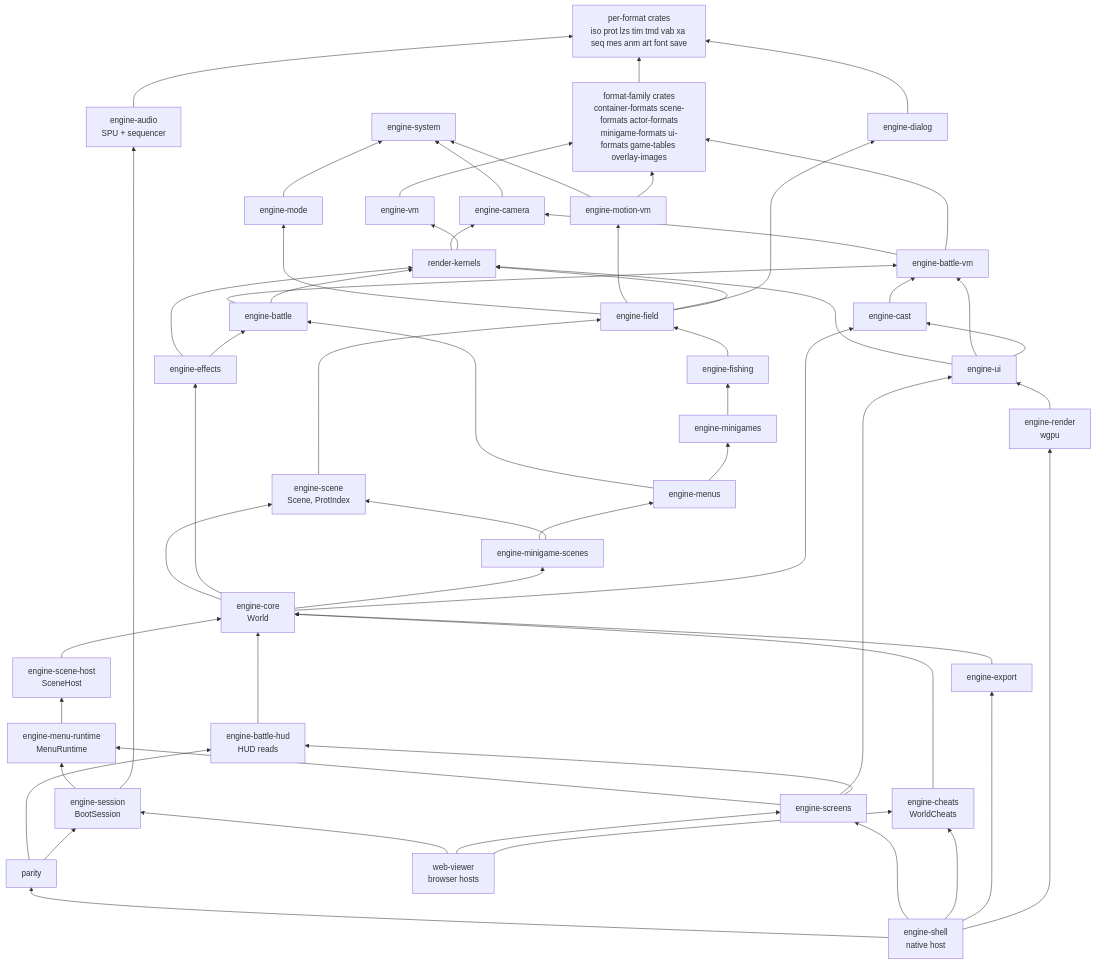
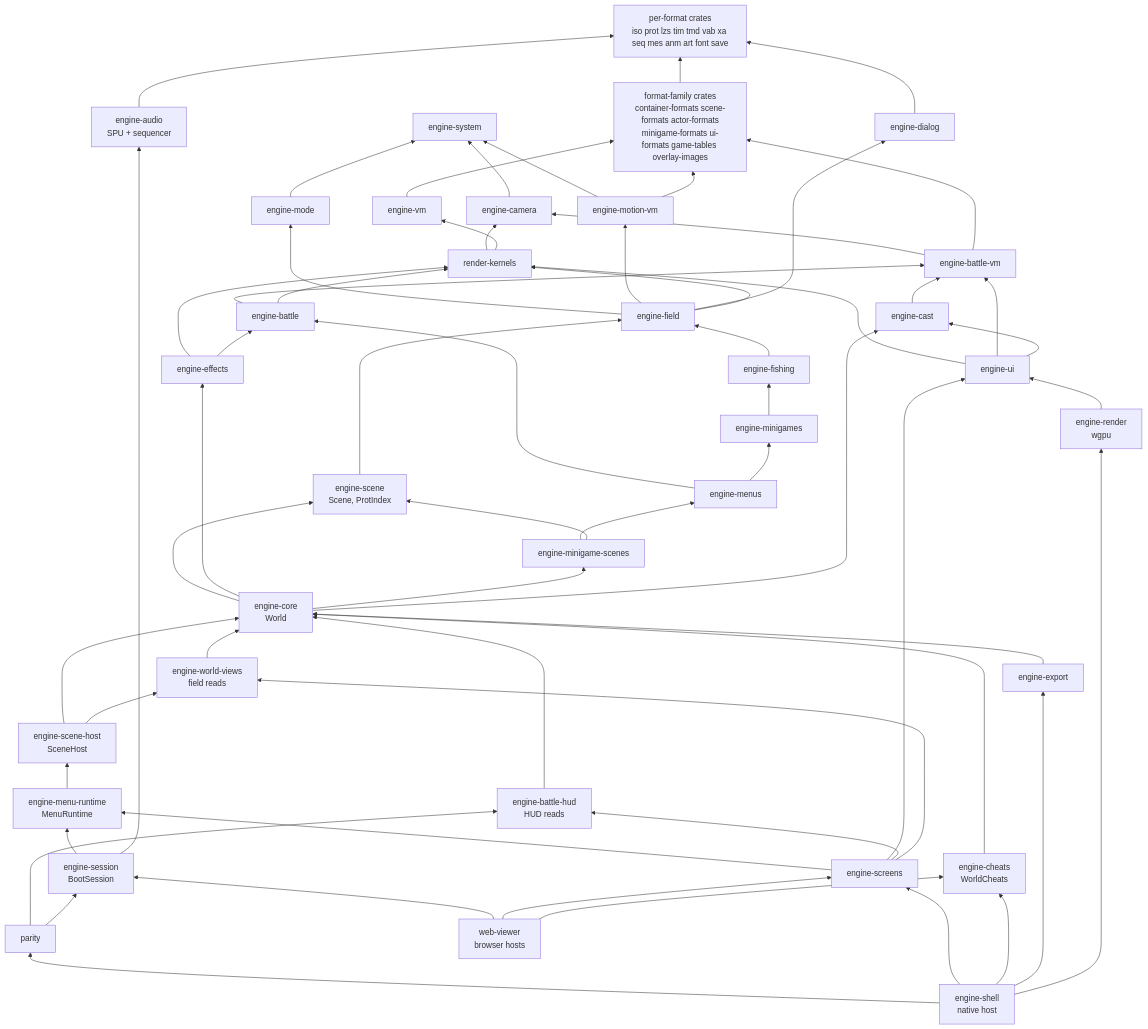
One commit to AndrewAltimit/legend-of-legaia-re changed the first of 4 diagrams in docs/subsystems/engine.md. Above: the diagram before and after it, drawn with Mermaid. The commit also changed other lines of this file and 123 other files, not shown here.

First line of the commit message:
engine-world-views: move the hosts' field reads of World out of engine-core

```diff
--- a/docs/subsystems/engine.md
+++ b/docs/subsystems/engine.md
@@ -65,6 +65,7 @@
     SH["engine-scene-host<br/>SceneHost"]
     MR["engine-menu-runtime<br/>MenuRuntime"]
     BHUD["engine-battle-hud<br/>HUD reads"]
+    WV["engine-world-views<br/>field reads"]
     ECHT["engine-cheats<br/>WorldCheats"]
     EUI["engine-ui"]
     EREN["engine-render<br/>wgpu"]
@@ -115,12 +116,15 @@
     SH --> CORE
     MR --> SH
     BHUD --> CORE
+    WV --> CORE
+    SH --> WV
     ECHT --> CORE
     SESS --> MR
     SESS --> EAUD
     SCR --> MR
     SCR --> EUI
     SCR --> BHUD
+    SCR --> WV
     PAR --> BHUD
     PAR --> SESS
     SHELL --> PAR
```
